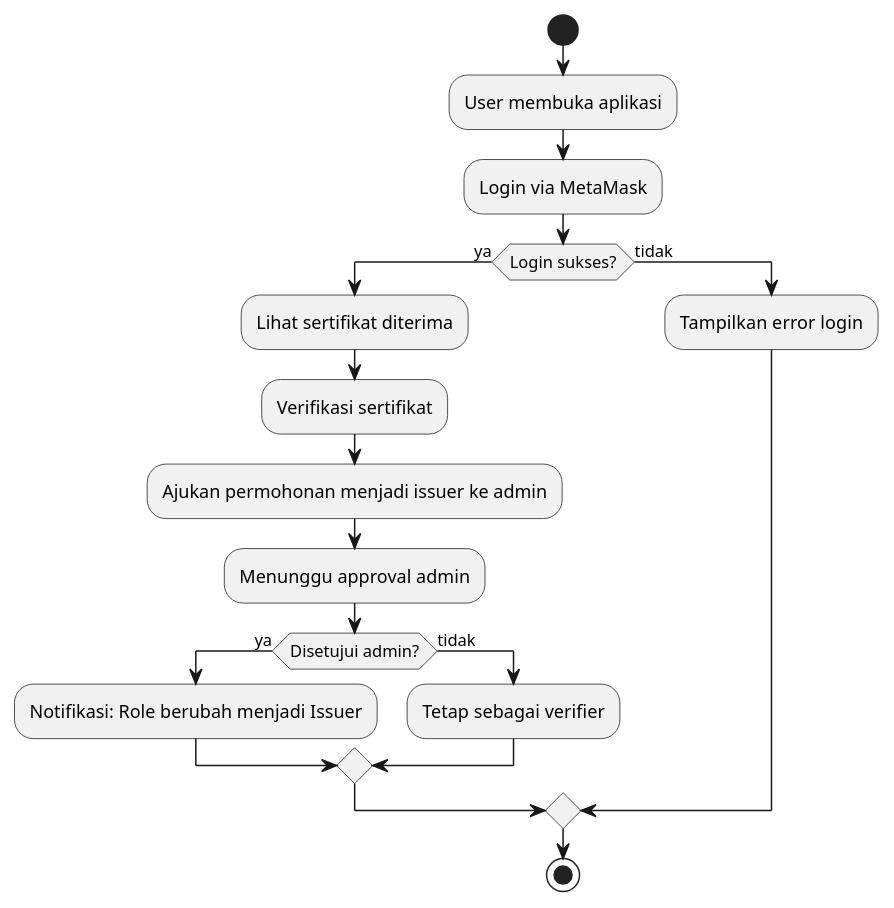
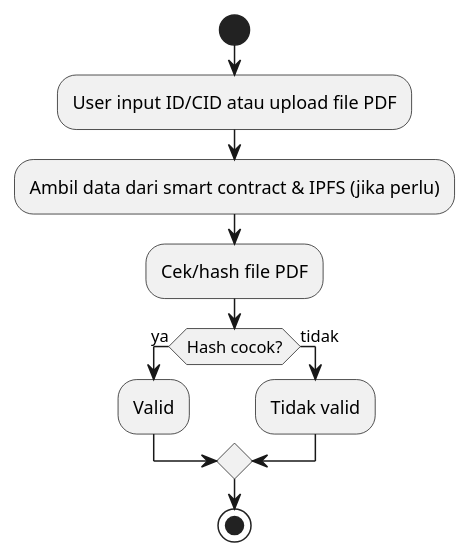
Before and after one commit to Aguh18/Skripsi-Projek-Penerbitan-Sertifikat-Berbasis-Blockhain-Polygon: the diagram in plantuml/flowchart_verifier.puml, drawn with PlantUML. The commit also changed 2 other files, not shown here.

```diff
--- a/plantuml/flowchart_verifier.puml
+++ b/plantuml/flowchart_verifier.puml
@@ -1,19 +1,12 @@
 @startuml
 start
-:User membuka aplikasi;
-:Login via MetaMask;
-if (Login sukses?) then (ya)
-  :Lihat sertifikat diterima;
-  :Verifikasi sertifikat;
-  :Ajukan permohonan menjadi issuer ke admin;
-  :Menunggu approval admin;
-  if (Disetujui admin?) then (ya)
-    :Notifikasi: Role berubah menjadi Issuer;
-  else (tidak)
-    :Tetap sebagai verifier;
-  endif
+:User input ID/CID atau upload file PDF;
+:Ambil data dari smart contract & IPFS (jika perlu);
+:Cek/hash file PDF;
+if (Hash cocok?) then (ya)
+  :Valid;
 else (tidak)
-  :Tampilkan error login;
+  :Tidak valid;
 endif
 stop
 @enduml 
```
